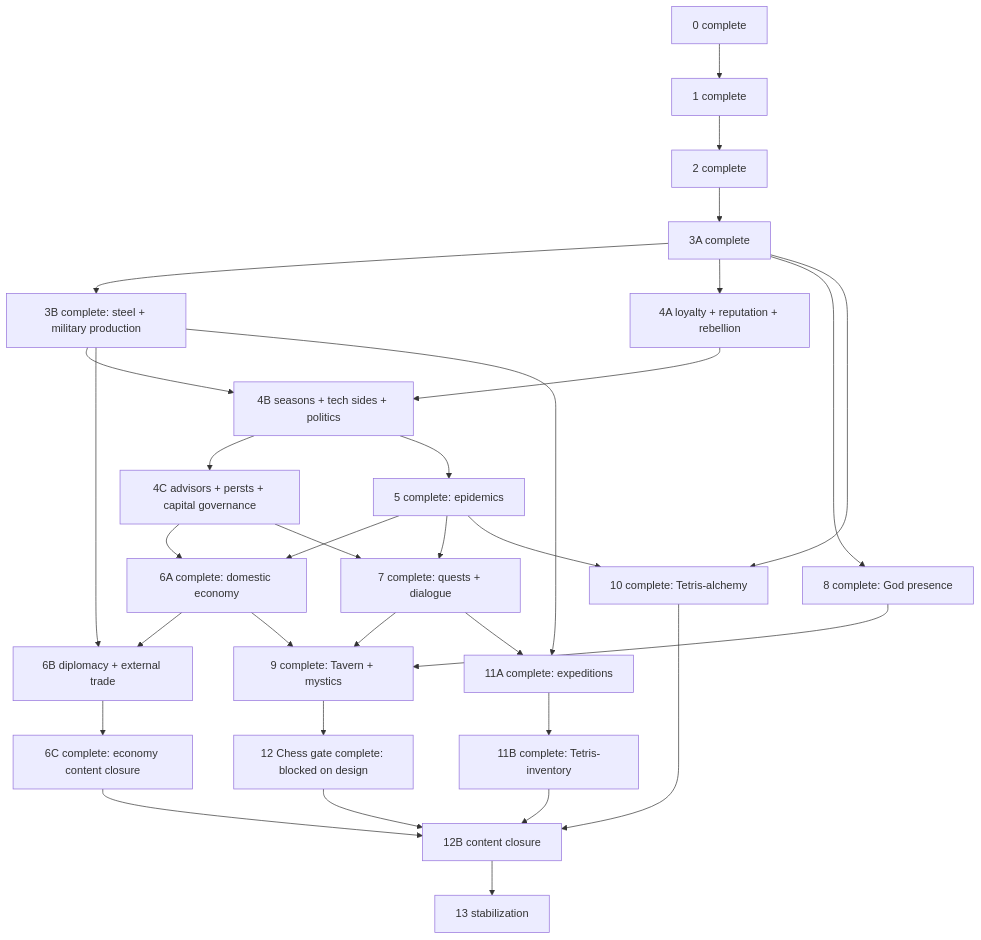
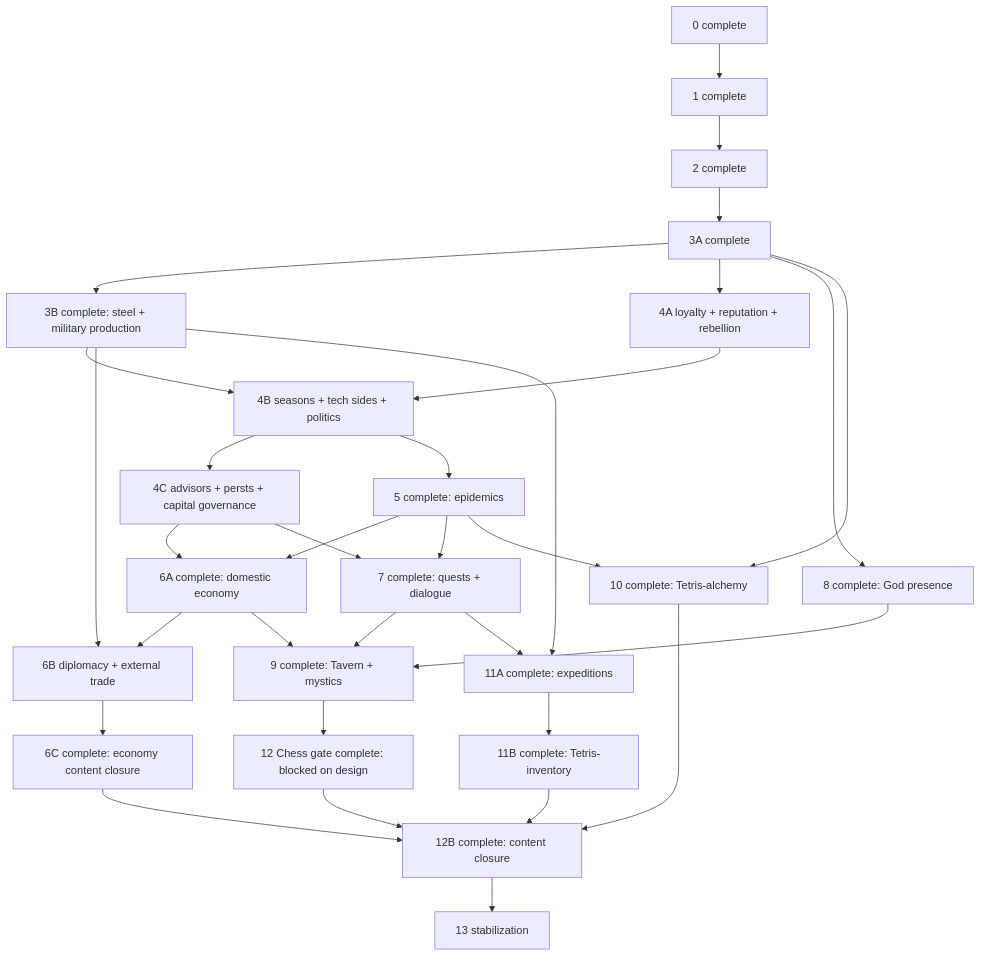
Before and after one commit to akulihin/King-of-the-Garbage-Hill: the diagram in plans/empires-endgame/README.md, drawn with Mermaid. The commit also changed other lines of this file and 12 other files, not shown here.

````diff
--- a/plans/empires-endgame/README.md
+++ b/plans/empires-endgame/README.md
@@ -117,34 +125,34 @@
 ```mermaid
 graph TD
   P0[0 complete] --> P1[1 complete]
   P1 --> P2[2 complete]
   P2 --> P3A[3A complete]
   P3A --> P3B[3B complete: steel + military production]
   P3A --> P4A[4A loyalty + reputation + rebellion]
   P3B --> P4B[4B seasons + tech sides + politics]
   P4A --> P4B
   P4B --> P4C[4C advisors + persts + capital governance]
   P4B --> P5[5 complete: epidemics]
   P4C --> P6A[6A complete: domestic economy]
   P5 --> P6A
   P3B --> P6B[6B diplomacy + external trade]
   P6A --> P6B
   P6B --> P6C[6C complete: economy content closure]
   P5 --> P7[7 complete: quests + dialogue]
   P4C --> P7
   P3A --> P8[8 complete: God presence]
   P6A --> P9[9 complete: Tavern + mystics]
   P7 --> P9
   P8 --> P9
   P3A --> P10[10 complete: Tetris-alchemy]
   P5 --> P10
   P3B --> P11A[11A complete: expeditions]
   P7 --> P11A
   P11A --> P11B[11B complete: Tetris-inventory]
   P9 --> P12[12 Chess gate complete: blocked on design]
-  P6C --> P12B[12B content closure]
+  P6C --> P12B[12B complete: content closure]
   P10 --> P12B
   P11B --> P12B
   P12 --> P12B
   P12B --> P13[13 stabilization]
 ```
````
